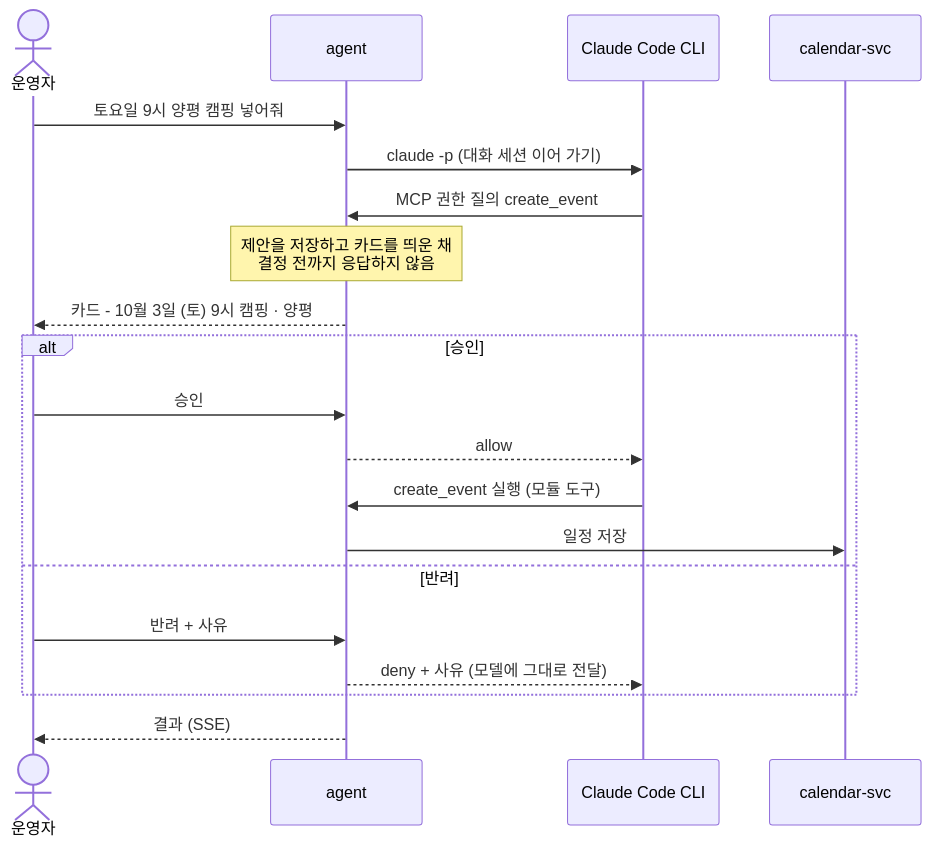
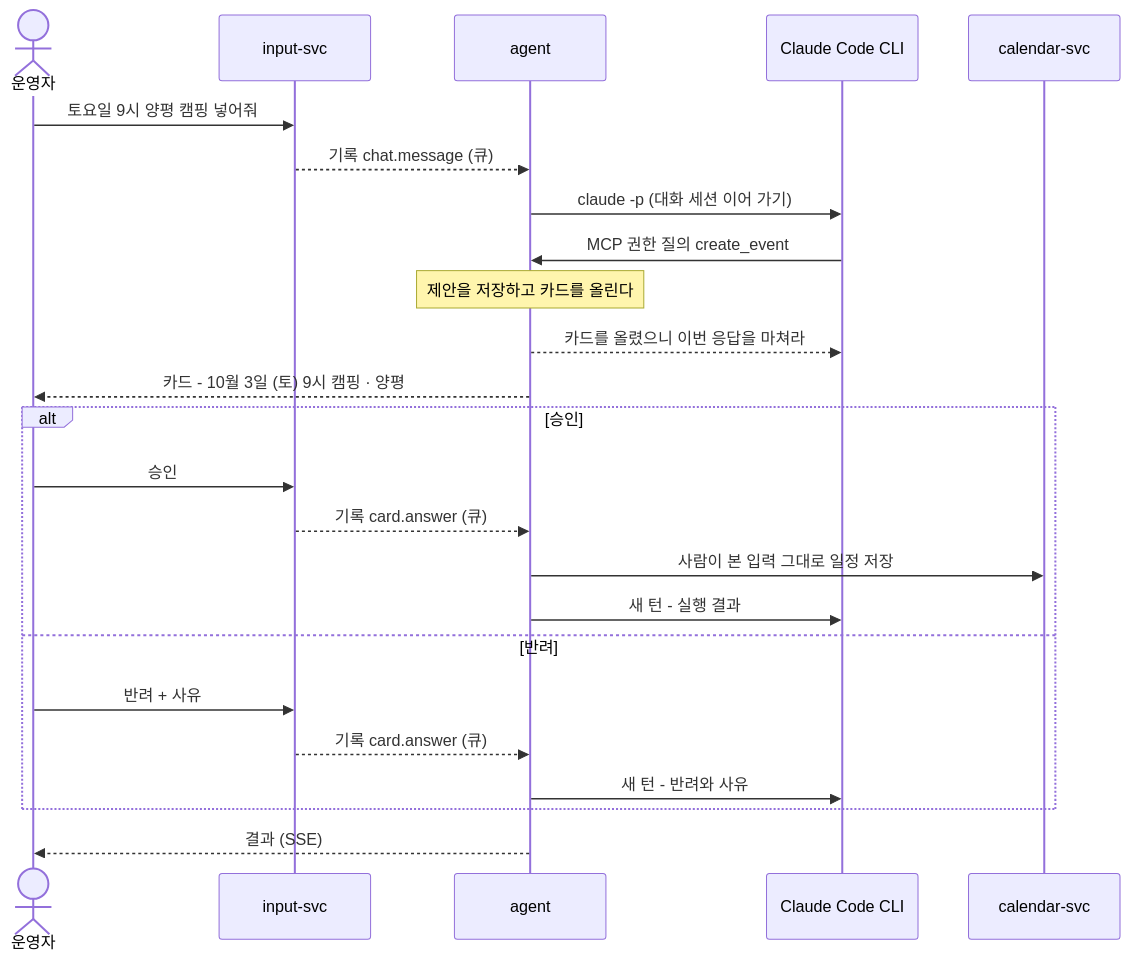
The diagram in README.md (choigonyok/jarvis), drawn with Mermaid before and after one commit. The commit also changed other lines of this file and 6 other files, not shown here.

````diff
--- a/README.md
+++ b/README.md
@@ -89,22 +90,26 @@
 ```mermaid
 sequenceDiagram
   actor U as 운영자
+  participant I as input-svc
   participant A as agent
   participant C as Claude Code CLI
   participant S as calendar-svc
-  U->>A: 토요일 9시 양평 캠핑 넣어줘
+  U->>I: 토요일 9시 양평 캠핑 넣어줘
+  I-->>A: 기록 chat.message (큐)
   A->>C: claude -p (대화 세션 이어 가기)
   C->>A: MCP 권한 질의 create_event
-  Note over A: 제안을 저장하고 카드를 띄운 채<br/>결정 전까지 응답하지 않음
+  Note over A: 제안을 저장하고 카드를 올린다
+  A-->>C: 카드를 올렸으니 이번 응답을 마쳐라
   A-->>U: 카드 - 10월 3일 (토) 9시 캠핑 · 양평
   alt 승인
-    U->>A: 승인
-    A-->>C: allow
-    C->>A: create_event 실행 (모듈 도구)
-    A->>S: 일정 저장
+    U->>I: 승인
+    I-->>A: 기록 card.answer (큐)
+    A->>S: 사람이 본 입력 그대로 일정 저장
+    A->>C: 새 턴 - 실행 결과
   else 반려
-    U->>A: 반려 + 사유
-    A-->>C: deny + 사유 (모델에 그대로 전달)
+    U->>I: 반려 + 사유
+    I-->>A: 기록 card.answer (큐)
+    A->>C: 새 턴 - 반려와 사유
   end
   A-->>U: 결과 (SSE)
 ```
````
